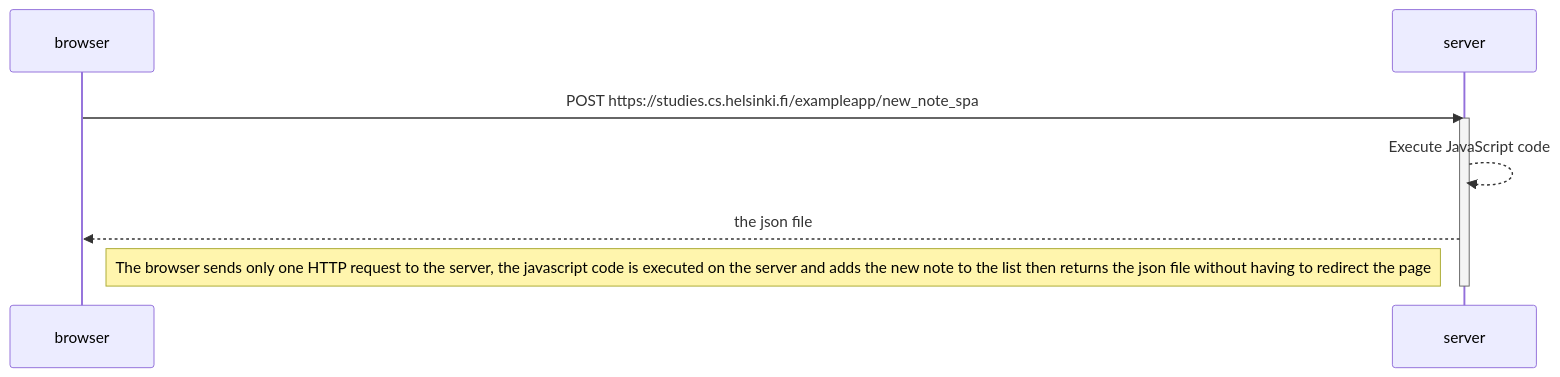
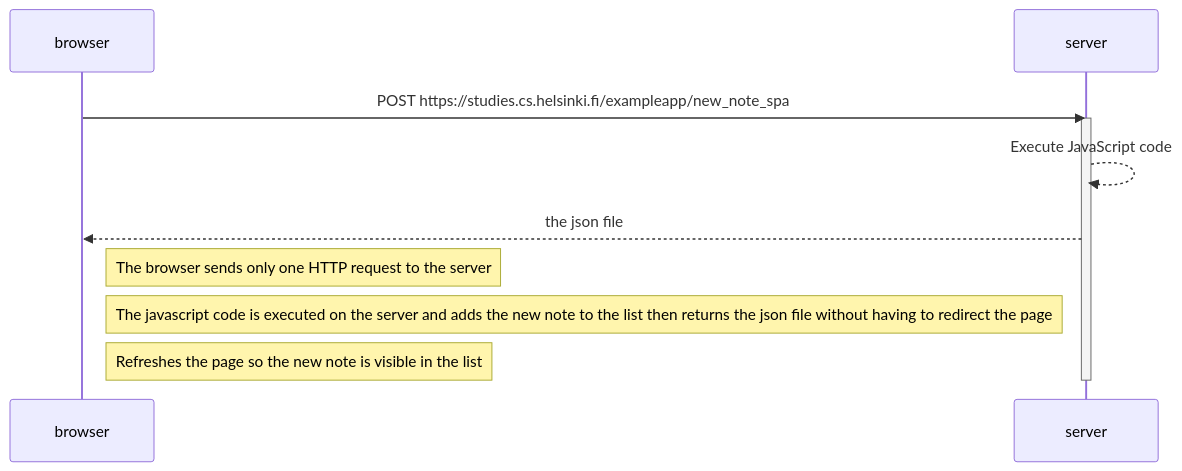
One commit to CodyAc86/Exercise0.1-0.6-Fullstack-Developer-Course changed the diagram in Part_0_Ex_6.md. Above: the diagram before and after it, drawn with Mermaid.

````diff
--- a/Part_0_Ex_6.md
+++ b/Part_0_Ex_6.md
@@ -3,10 +3,12 @@
 ```mermaid
 sequenceDiagram  
   browser->>server: POST https://studies.cs.helsinki.fi/exampleapp/new_note_spa;
   activate server;
   server-->>server: Execute JavaScript code;
   server-->>browser: the json file
   
-  Note right of browser: The browser sends only one HTTP request to the server, the javascript code is executed on the server and adds the new note to the list then returns the json file without having to redirect the page;
+  Note right of browser: The browser sends only one HTTP request to the server
+  Note right of browser: The javascript code is executed on the server and adds the new note to the list then returns the json file without having to redirect the page;
+  Note right of browser: Refreshes the page so the new note is visible in the list;
   deactivate server;
 ```
````
